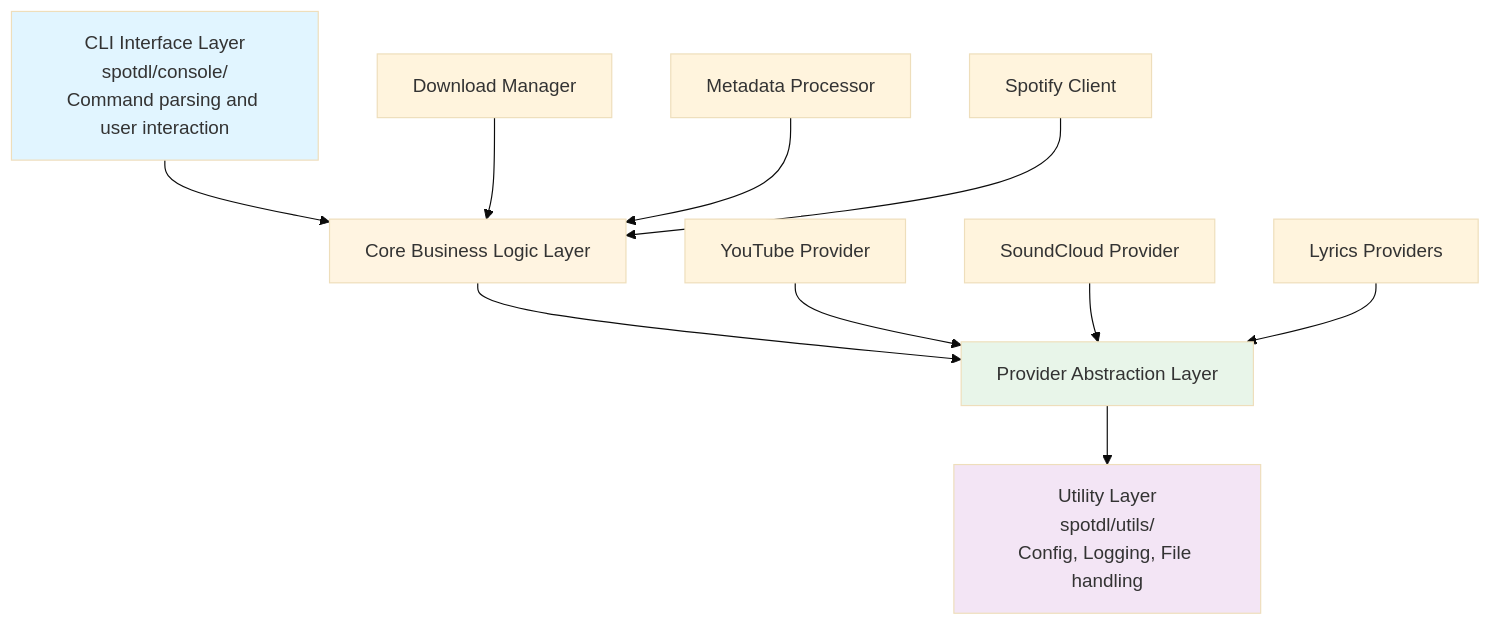
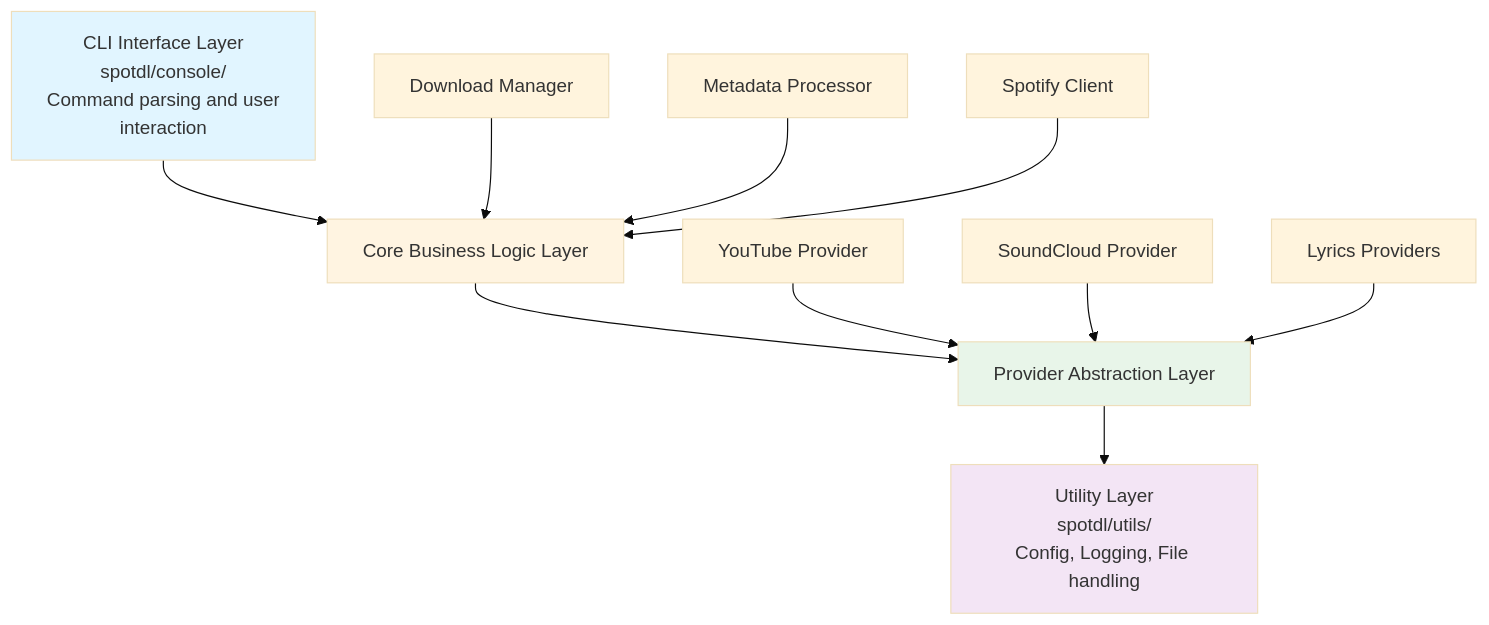
The first of 2 diagrams in spotdl-analysis.md (sv4u/musicdl), drawn with Mermaid (base theme) before and after one commit. The commit also changed other lines of this file and 2 other files, not shown here.

````diff
--- a/spotdl-analysis.md
+++ b/spotdl-analysis.md
@@ -35,19 +41,20 @@
 ```mermaid
 flowchart TD
-    A[CLI Interface Layer<br/>spotdl/console/<br/>Command parsing and user interaction] --> B[Core Business Logic Layer]
+    A[CLI Interface Layer<br/>spotdl/console/<br/>Command parsing and user
+    interaction] --> B[Core Business Logic Layer]
     B --> C[Provider Abstraction Layer]
     C --> D[Utility Layer<br/>spotdl/utils/<br/>Config, Logging, File handling]
     
     B1[Download Manager] --> B
     B2[Metadata Processor] --> B
     B3[Spotify Client] --> B
     
     C1[YouTube Provider] --> C
     C2[SoundCloud Provider] --> C
     C3[Lyrics Providers] --> C
     
     style A fill:#e1f5ff
     style B fill:#fff4e1
     style C fill:#e8f5e9
     style D fill:#f3e5f5
 ```
````
